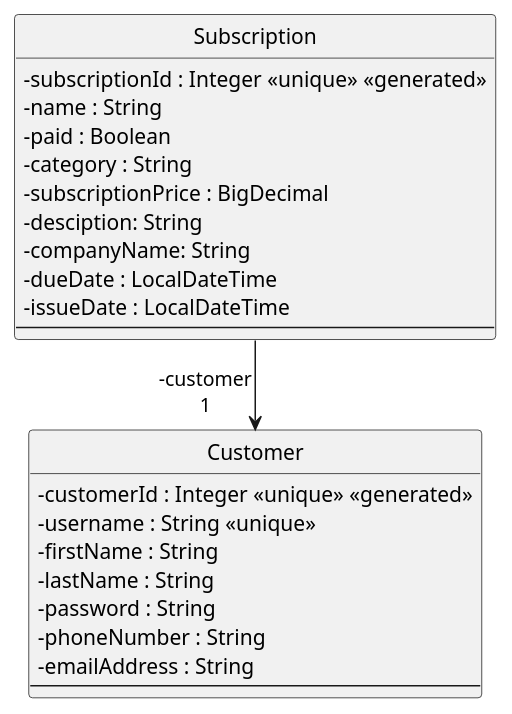
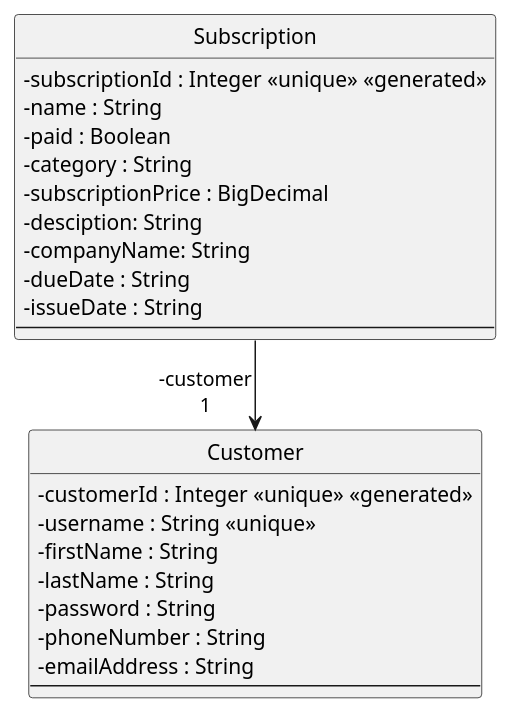
The diagram in diagrams/domainClassDiagram.puml (62firelight/SubTrack), drawn with PlantUML before and after one commit.

Commit message:
Changed date data type to reflect current changes
References #2 and #36.

```diff
--- a/diagrams/domainClassDiagram.puml
+++ b/diagrams/domainClassDiagram.puml
@@ -1,53 +1,53 @@
 @startuml
 
 skinparam {
     Style strictuml
     RoundCorner 5
     ' use characters instead of icons for showing visibility
     ClassAttributeIconSize 0
     Database {
 	' the default border no longer matches the normal colours (bug?), so fix this
 	BorderColor #A80036
     }
     Sequence {
 	' make activations yellow too
 	LifeLineBackgroundColor #FDFDCD
 
 	' make stereotypes less ugly
 	Stereotype {
 		Font {
 			Size 11
 			Style plain
 		}
 	}
     }
 }
  
 class "Customer" as customer {
     -customerId : Integer <<unique>> <<generated>>
     -username : String <<unique>>
     -firstName : String
     -lastName : String
     -password : String
     -phoneNumber : String
     -emailAddress : String
     '-card_details? 
   --
 }
 
 class "Subscription" as sub {
     -subscriptionId : Integer <<unique>> <<generated>>
     -name : String
     -paid : Boolean
     -category : String
     -subscriptionPrice : BigDecimal
     -desciption: String
     -companyName: String
-    -dueDate : LocalDateTime
-    -issueDate : LocalDateTime
+    -dueDate : String
+    -issueDate : String
   --
 }
 
 sub --> "-customer\n1" customer
 
 @enduml
```
